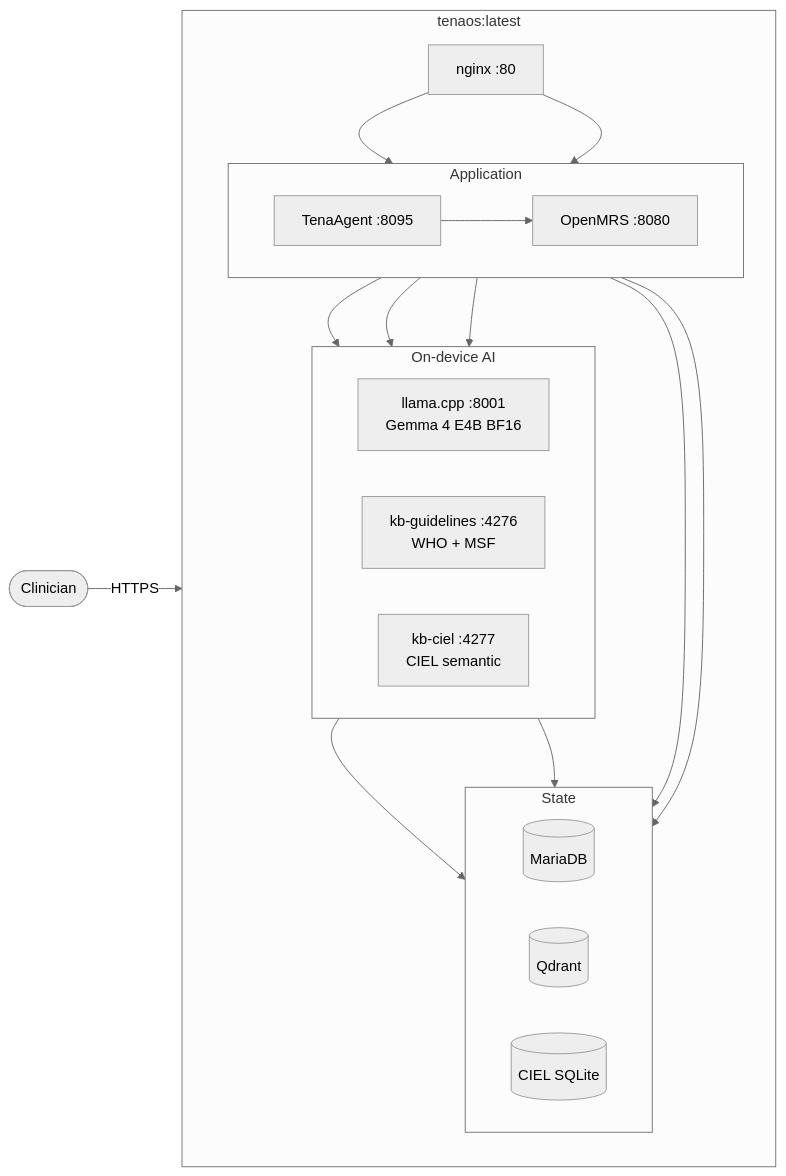
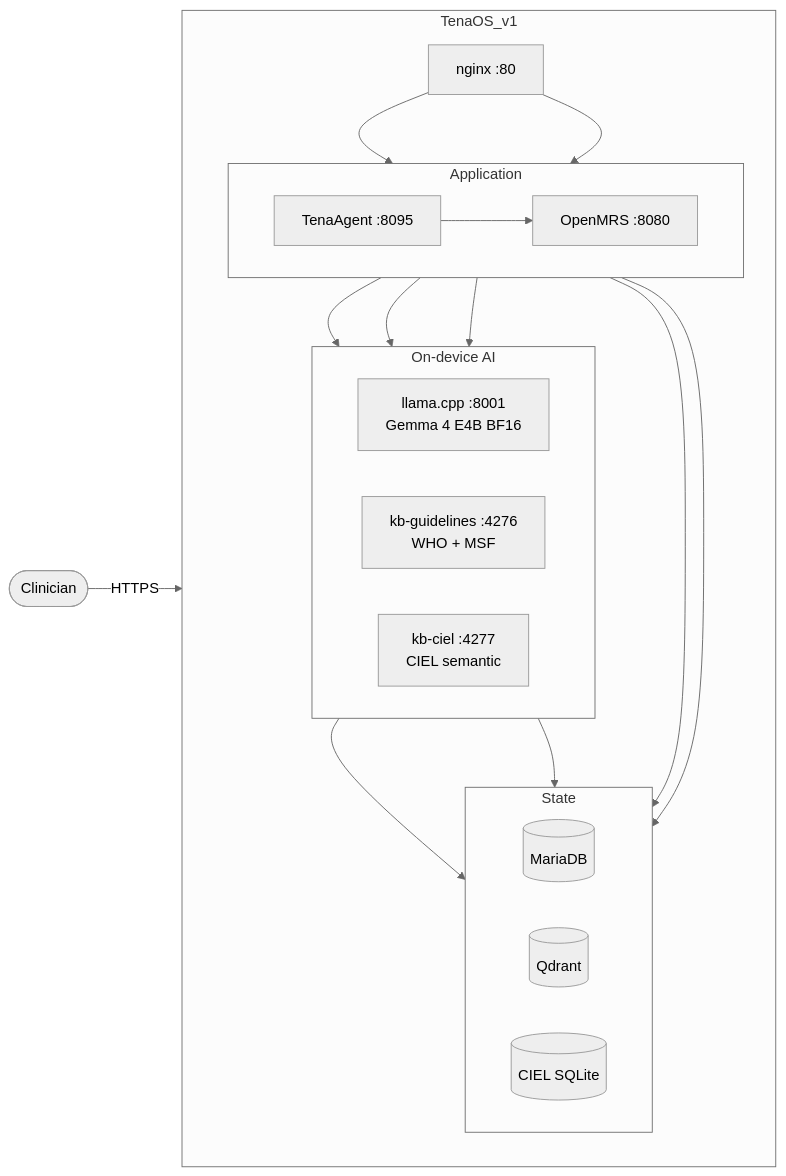
Before and after one commit to brookyale0512/TenaOS: the diagram in README.md, drawn with Mermaid (neutral theme). The commit also changed other lines of this file and 3 other files, not shown here.

````diff
--- a/README.md
+++ b/README.md
@@ -84,42 +91,42 @@
 ```mermaid
 flowchart LR
     Clinician(["Clinician"])
 
-    subgraph Container ["tenaos:latest"]
+    subgraph Container ["TenaOS_v1"]
         direction TB
         Nginx["nginx :80"]
 
         subgraph App ["Application"]
             direction LR
             Agent["TenaAgent :8095"]
             OMRS["OpenMRS :8080"]
         end
 
         subgraph AI ["On-device AI"]
             direction LR
             LLM["llama.cpp :8001<br/>Gemma 4 E4B BF16"]
             KBG["kb-guidelines :4276<br/>WHO + MSF"]
             KBC["kb-ciel :4277<br/>CIEL semantic"]
         end
 
         subgraph Data ["State"]
             direction LR
             DB[("MariaDB")]
             QD[("Qdrant")]
             CIEL[("CIEL SQLite")]
         end
 
         Nginx --> Agent
         Nginx --> OMRS
         Agent --> OMRS
         Agent --> LLM
         Agent --> KBG
         Agent --> KBC
         Agent --> CIEL
         OMRS --> DB
         KBG --> QD
         KBC --> QD
     end
 
     Clinician -->|"HTTPS"| Nginx
 ```
````
